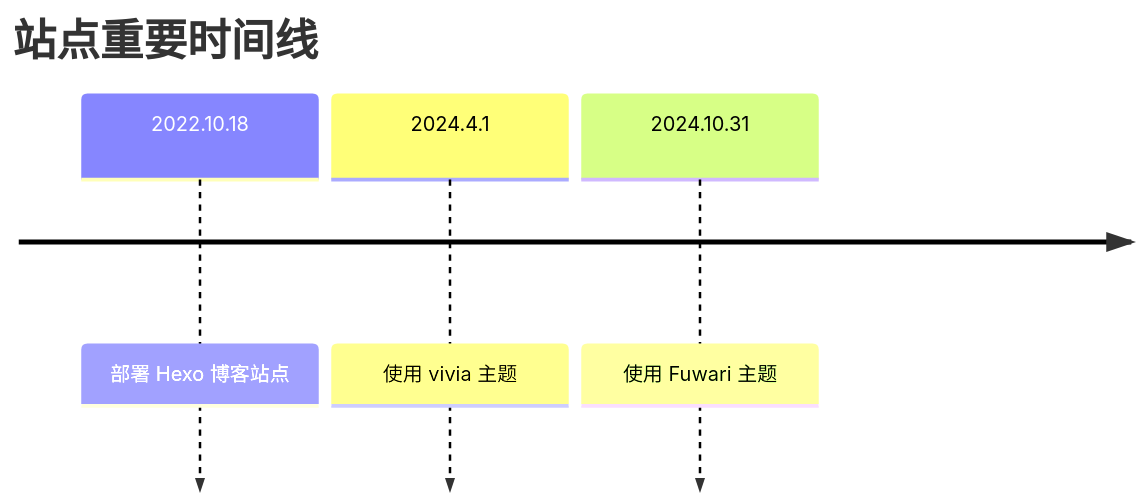
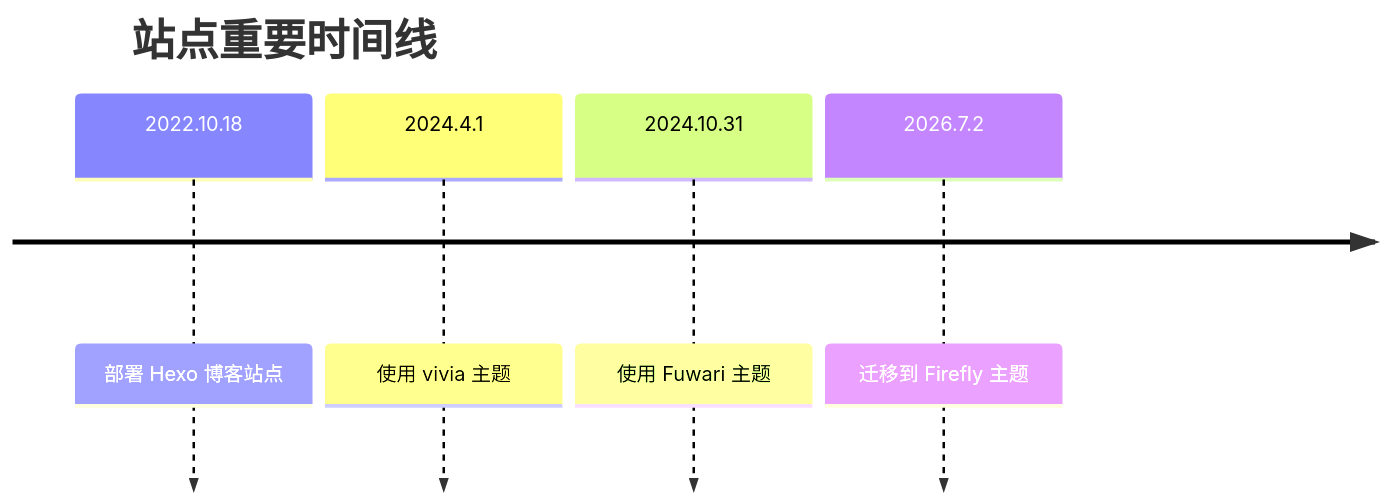
Before and after one commit to CosmoLau/blog: the diagram in src/content/posts/site-records.md, drawn with Mermaid. The commit also changed other lines of this file, not shown here.

````diff
--- a/src/content/posts/site-records.md
+++ b/src/content/posts/site-records.md
@@ -12,7 +12,8 @@
 ```mermaid
 timeline
     title 站点重要时间线
     2022.10.18 : 部署 Hexo 博客站点
     2024.4.1 : 使用 vivia 主题
     2024.10.31 : 使用 Fuwari 主题
+    2026.7.2 : 迁移到 Firefly 主题
 ```
````
